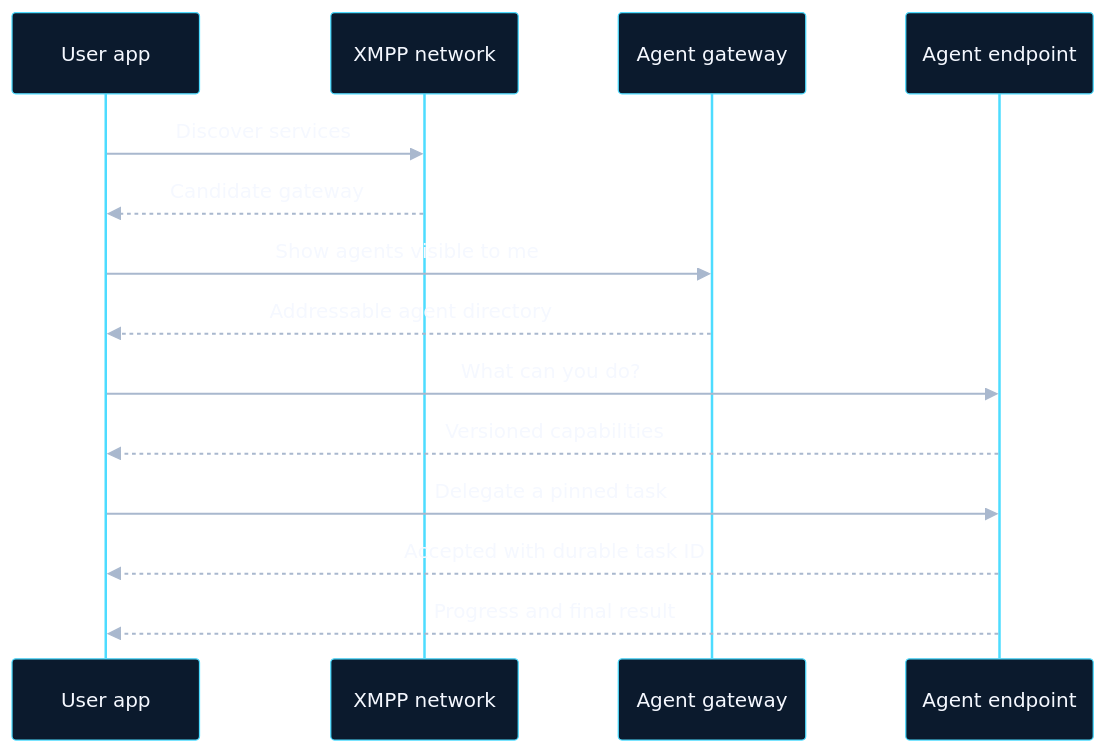
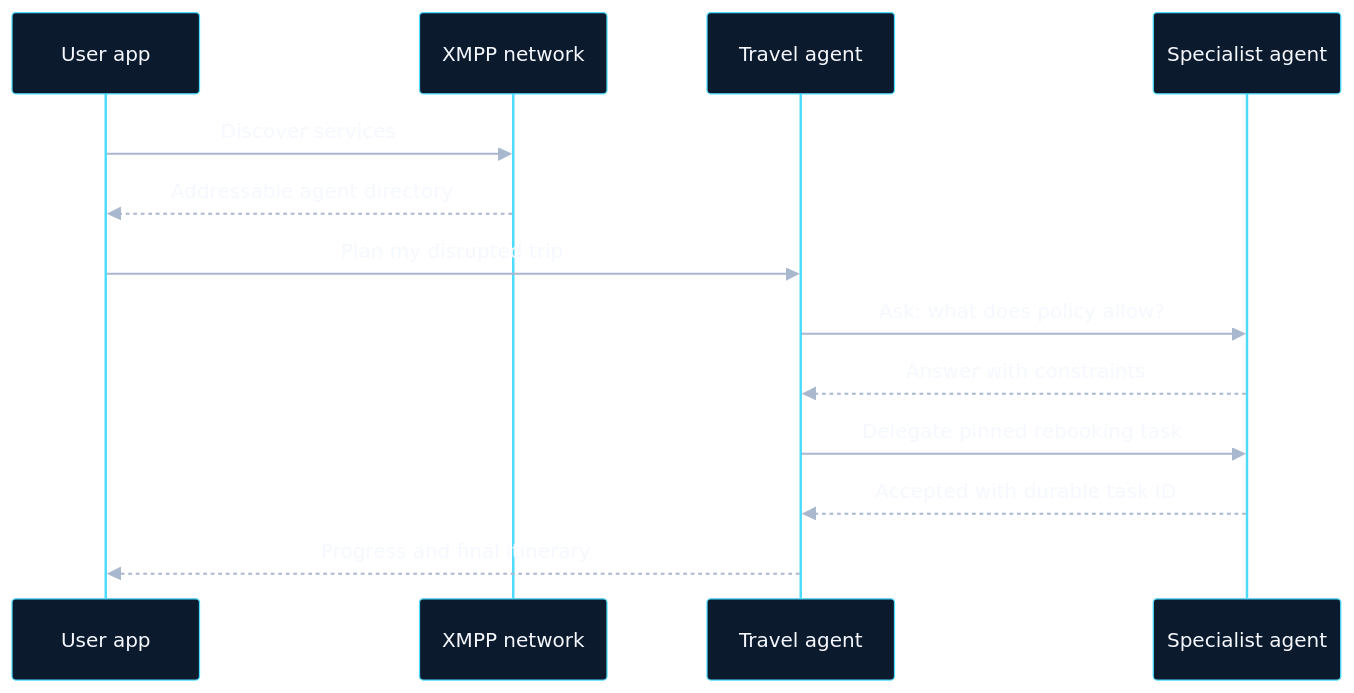
The diagram in presentations/assets/discover-and-delegate.mmd (romanbsd/xmpp-agent-gateway), drawn with Mermaid before and after one commit. The commit also changed 7 other files, not shown here.

```diff
--- a/presentations/assets/discover-and-delegate.mmd
+++ b/presentations/assets/discover-and-delegate.mmd
@@ -1,47 +1,46 @@
 %%{init: {
   "theme": "base",
   "themeVariables": {
     "background": "transparent",
     "primaryColor": "#0b1a2d",
     "primaryTextColor": "#f5f8ff",
     "primaryBorderColor": "#4ddcff",
     "lineColor": "#4ddcff",
     "secondaryColor": "#12283f",
     "tertiaryColor": "#12283f",
     "actorBkg": "#0b1a2d",
     "actorBorder": "#4ddcff",
     "actorTextColor": "#f5f8ff",
     "signalColor": "#a9b8ce",
     "signalTextColor": "#f5f8ff",
     "labelBoxBkgColor": "#0b1a2d",
     "labelBoxBorderColor": "#4ddcff",
     "labelTextColor": "#f5f8ff",
     "loopTextColor": "#f5f8ff",
     "activationBkgColor": "#123550",
     "activationBorderColor": "#4ddcff",
     "fontFamily": "Inter, Arial, sans-serif",
     "fontSize": "20px"
   },
   "sequence": {
     "useMaxWidth": true,
     "diagramMarginX": 20,
     "diagramMarginY": 10,
     "actorMargin": 80,
     "messageMargin": 34
   }
 }}%%
 sequenceDiagram
     participant App as User app
     participant Server as XMPP network
-    participant Gateway as Agent gateway
-    participant Agent as Agent endpoint
+    participant Travel as Travel agent
+    participant Specialist as Specialist agent
 
     App->>Server: Discover services
-    Server-->>App: Candidate gateway
-    App->>Gateway: Show agents visible to me
-    Gateway-->>App: Addressable agent directory
-    App->>Agent: What can you do?
-    Agent-->>App: Versioned capabilities
-    App->>Agent: Delegate a pinned task
-    Agent-->>App: Accepted with durable task ID
-    Agent-->>App: Progress and final result
+    Server-->>App: Addressable agent directory
+    App->>Travel: Plan my disrupted trip
+    Travel->>Specialist: Ask: what does policy allow?
+    Specialist-->>Travel: Answer with constraints
+    Travel->>Specialist: Delegate pinned rebooking task
+    Specialist-->>Travel: Accepted with durable task ID
+    Travel-->>App: Progress and final itinerary
```
